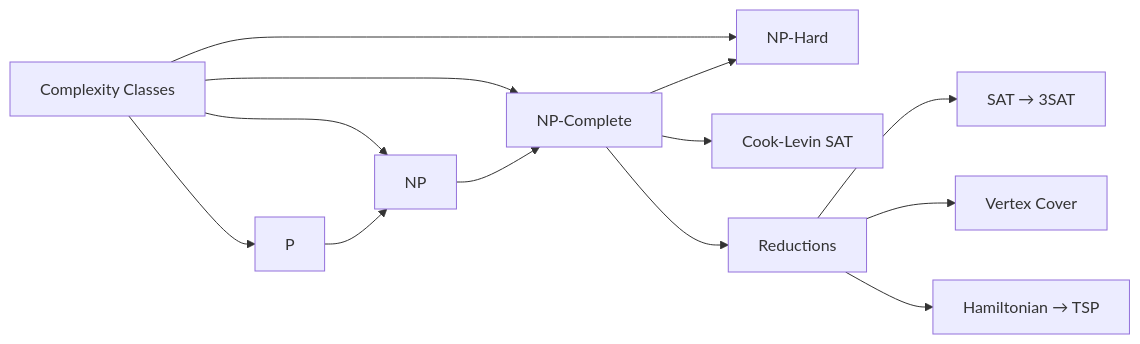
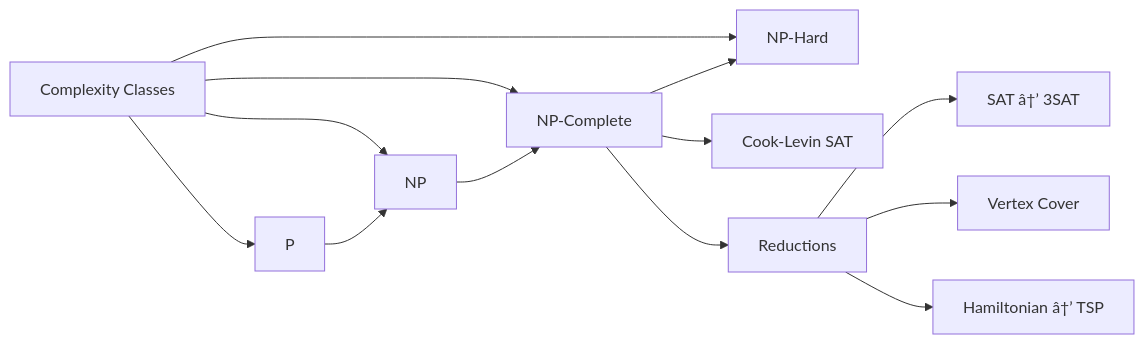
Before and after one commit to Raushan666java/ai-engineering-journey: the diagram in docs/courses/algorithms/15-np-completeness.md, drawn with Mermaid. The commit also changed other lines of this file and 533 other files, not shown here.

````diff
--- a/docs/courses/algorithms/15-np-completeness.md
+++ b/docs/courses/algorithms/15-np-completeness.md
@@ -28,15 +28,15 @@
 ```mermaid
 flowchart LR
     A[Complexity Classes] --> B[P]
     A --> C[NP]
     A --> D[NP-Complete]
     A --> E[NP-Hard]
     B --> C
     C --> D
     D --> E
     D --> F[Cook-Levin SAT]
     D --> G[Reductions]
-    G --> H[SAT → 3SAT]
+    G --> H[SAT â†’ 3SAT]
     G --> I[Vertex Cover]
-    G --> J[Hamiltonian → TSP]
+    G --> J[Hamiltonian â†’ TSP]
 ```
````
